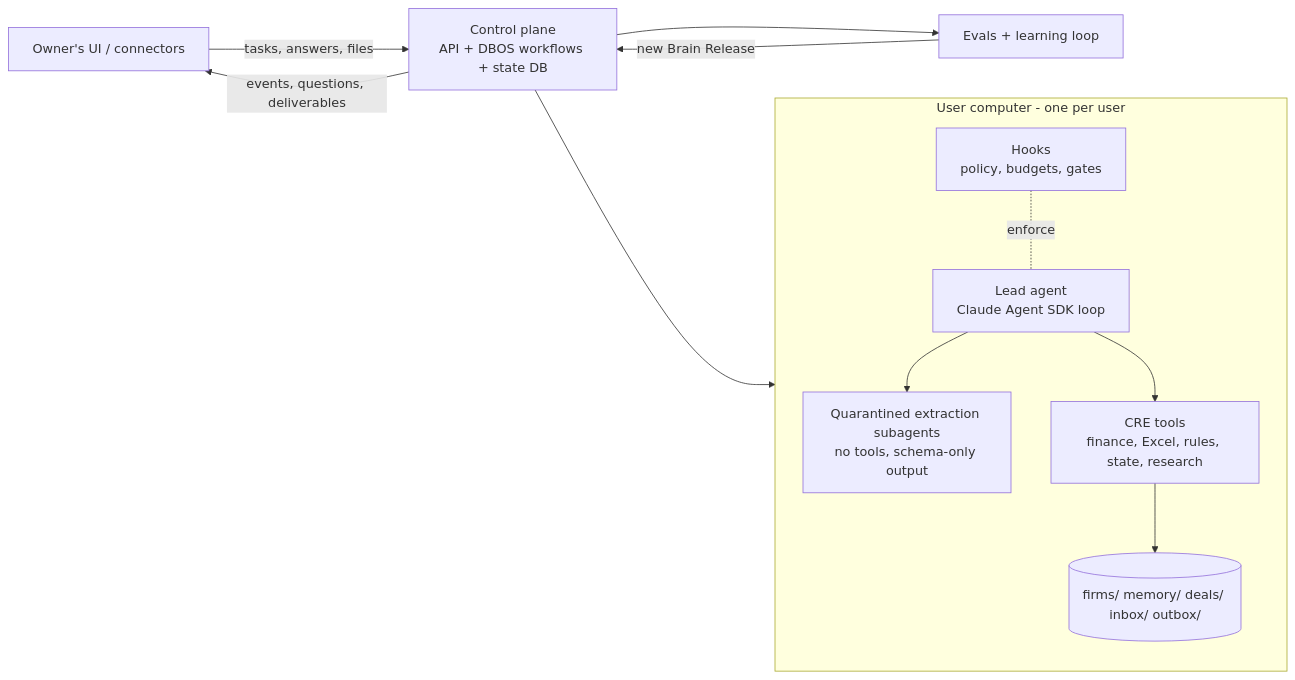
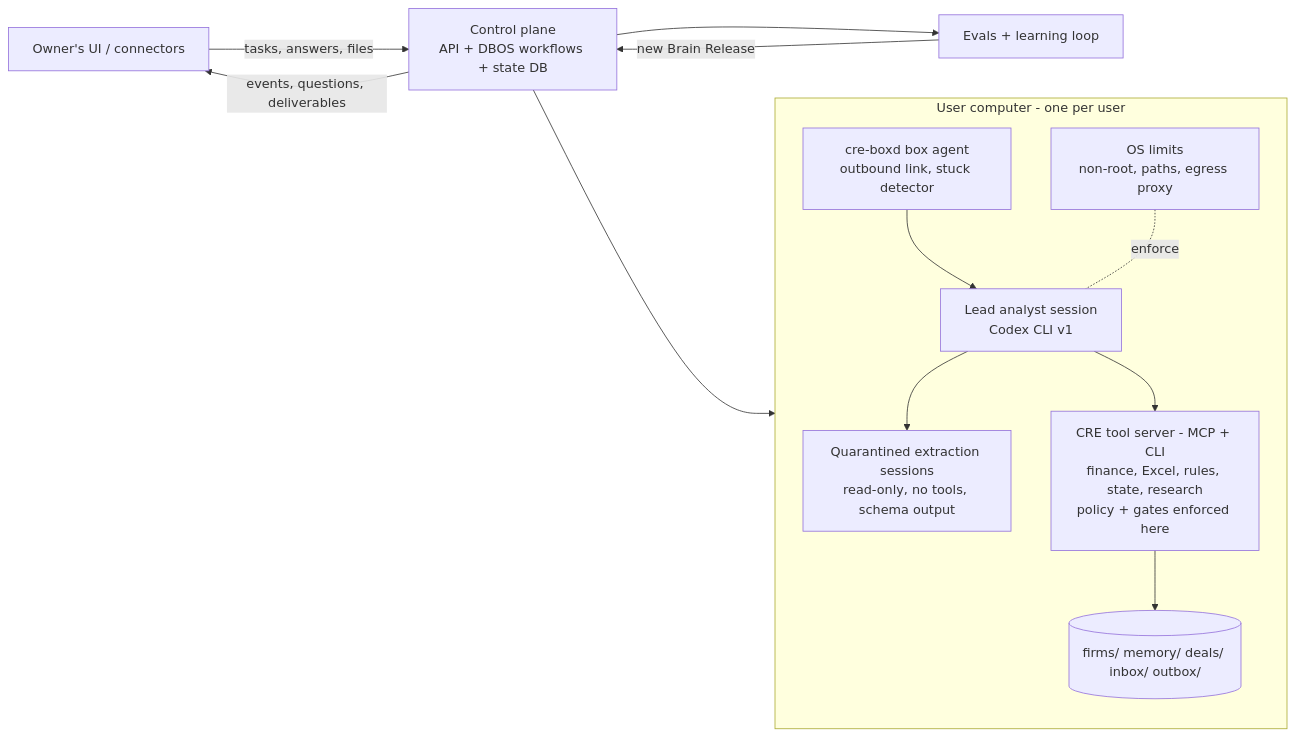
Before and after one commit to kavins06/CRE-AI-Agent: the diagram in METHOD.md, drawn with Mermaid. The commit also changed other lines of this file and 28 other files, not shown here.

First line of the commit message:
Use Codex CLI as v1 analyst runner; add OpenHands-derived runtime fixes

````diff
--- a/METHOD.md
+++ b/METHOD.md
@@ -53,19 +53,21 @@
 ```mermaid
 flowchart LR
   UI[Owner's UI / connectors] -->|tasks, answers, files| CP[Control plane<br/>API + DBOS workflows + state DB]
   CP -->|events, questions, deliverables| UI
   CP --> BOX
   subgraph BOX[User computer - one per user]
-    AG[Lead agent<br/>Claude Agent SDK loop]
-    SUB[Quarantined extraction subagents<br/>no tools, schema-only output]
-    TOOLS[CRE tools<br/>finance, Excel, rules, state, research]
-    HOOKS[Hooks<br/>policy, budgets, gates]
+    BA[cre-boxd box agent<br/>outbound link, stuck detector]
+    AG[Lead analyst session<br/>Codex CLI v1]
+    SUB[Quarantined extraction sessions<br/>read-only, no tools, schema output]
+    TOOLS[CRE tool server - MCP + CLI<br/>finance, Excel, rules, state, research<br/>policy + gates enforced here]
+    HOOKS[OS limits<br/>non-root, paths, egress proxy]
     WS[(firms/ memory/ deals/ inbox/ outbox/)]
+    BA --> AG
     AG --> SUB
     AG --> TOOLS
     HOOKS -. enforce .- AG
     TOOLS --> WS
   end
   CP --> EV[Evals + learning loop]
   EV -->|new Brain Release| CP
 ```
````
